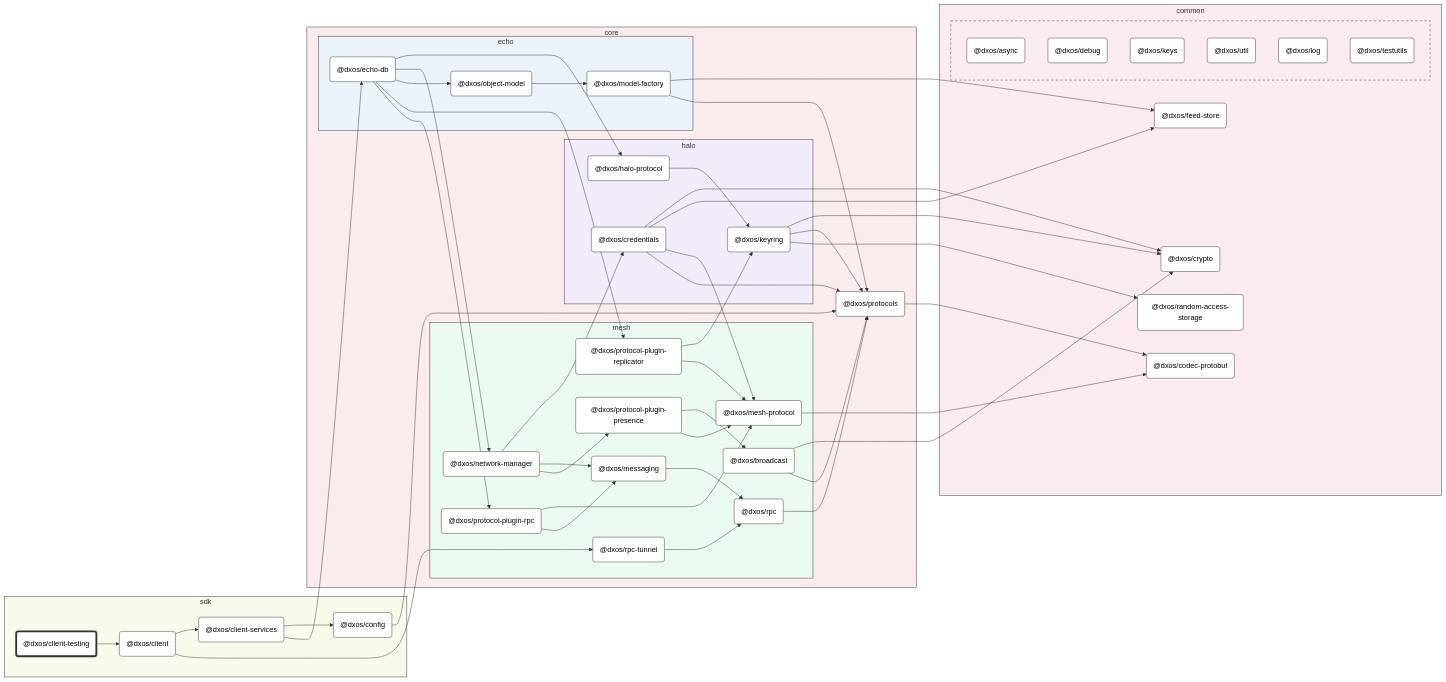
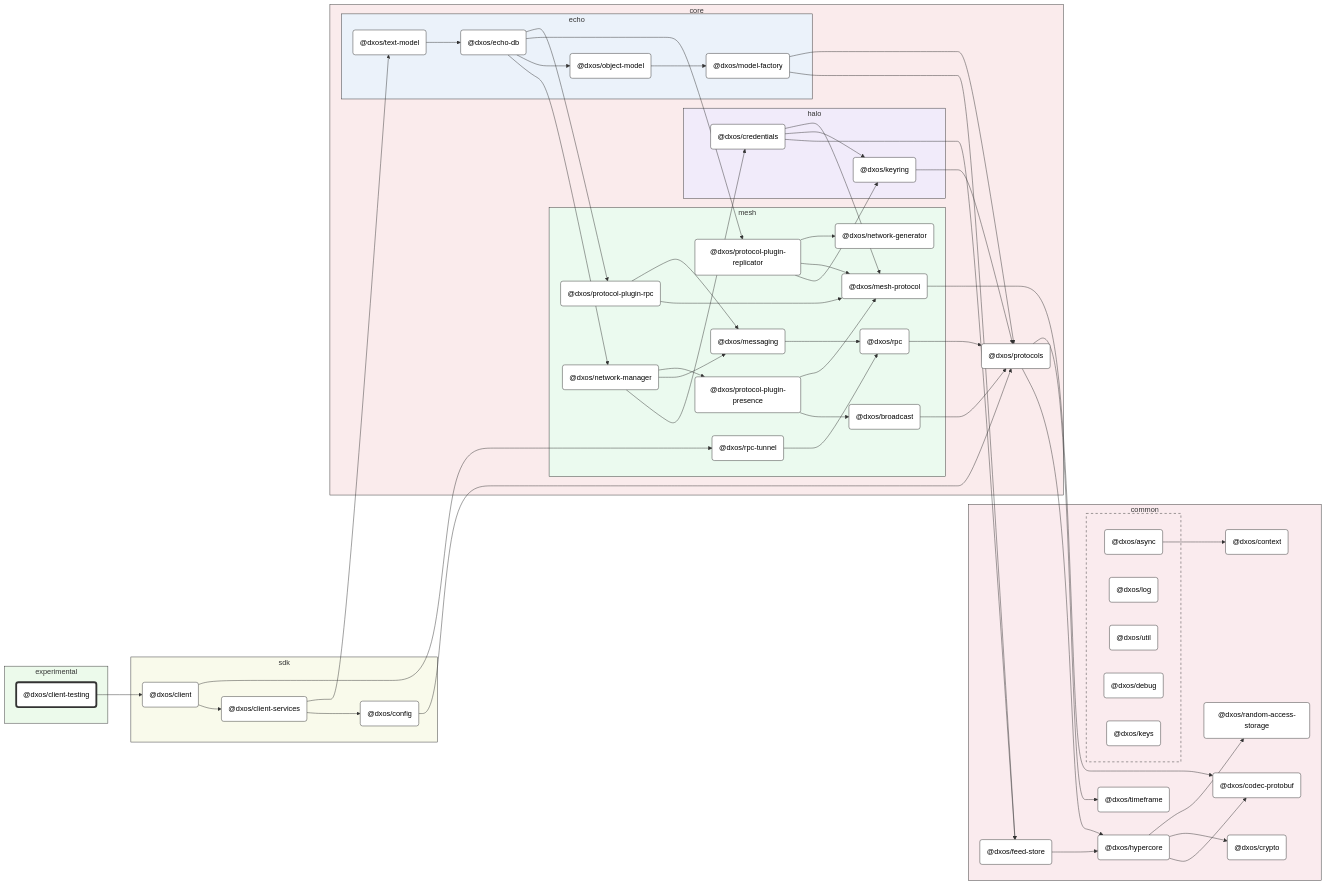
One commit to dxos/dxos changed the diagram in packages/experimental/client-testing/docs/README.md. Above: the diagram before and after it, drawn with Mermaid (forest theme). The commit also changed other lines of this file and 95 other files, not shown here.

Commit message:
Class diagrams.

````diff
--- a/packages/experimental/client-testing/docs/README.md
+++ b/packages/experimental/client-testing/docs/README.md
@@ -15,44 +15,52 @@
 
 %% Nodes
 
+subgraph experimental [experimental]
+  style experimental fill:#ecfaeb,stroke:#333
+  dxos/client-testing("@dxos/client-testing"):::root
+  click dxos/client-testing "dxos/dxos/tree/main/packages/experimental/client-testing/docs"
+end
+
+subgraph common [common]
+  style common fill:#faebee,stroke:#333
+  dxos/context("@dxos/context"):::def
+  click dxos/context "dxos/dxos/tree/main/packages/common/context/docs"
+  dxos/codec-protobuf("@dxos/codec-protobuf"):::def
+  click dxos/codec-protobuf "dxos/dxos/tree/main/packages/common/codec-protobuf/docs"
+  dxos/hypercore("@dxos/hypercore"):::def
+  click dxos/hypercore "dxos/dxos/tree/main/packages/common/hypercore/docs"
+  dxos/crypto("@dxos/crypto"):::def
+  click dxos/crypto "dxos/dxos/tree/main/packages/common/crypto/docs"
+  dxos/random-access-storage("@dxos/random-access-storage"):::def
+  click dxos/random-access-storage "dxos/dxos/tree/main/packages/common/random-access-storage/docs"
+  dxos/timeframe("@dxos/timeframe"):::def
+  click dxos/timeframe "dxos/dxos/tree/main/packages/common/timeframe/docs"
+  dxos/feed-store("@dxos/feed-store"):::def
+  click dxos/feed-store "dxos/dxos/tree/main/packages/common/feed-store/docs"
+
+  subgraph _ [ ]
+    style _ fill:#faebee,stroke:#333,stroke-dasharray:5 5
+    dxos/async("@dxos/async"):::def
+    click dxos/async "dxos/dxos/tree/main/packages/common/async/docs"
+    dxos/log("@dxos/log"):::def
+    click dxos/log "dxos/dxos/tree/main/packages/common/log/docs"
+    dxos/util("@dxos/util"):::def
+    click dxos/util "dxos/dxos/tree/main/packages/common/util/docs"
+    dxos/debug("@dxos/debug"):::def
+    click dxos/debug "dxos/dxos/tree/main/packages/common/debug/docs"
+    dxos/keys("@dxos/keys"):::def
+    click dxos/keys "dxos/dxos/tree/main/packages/common/keys/docs"
+  end
+end
+
 subgraph sdk [sdk]
   style sdk fill:#f9faeb,stroke:#333
-  dxos/client-testing("@dxos/client-testing"):::root
-  click dxos/client-testing "dxos/dxos/tree/main/packages/sdk/client-testing/docs"
   dxos/client("@dxos/client"):::def
   click dxos/client "dxos/dxos/tree/main/packages/sdk/client/docs"
   dxos/client-services("@dxos/client-services"):::def
   click dxos/client-services "dxos/dxos/tree/main/packages/sdk/client-services/docs"
   dxos/config("@dxos/config"):::def
   click dxos/config "dxos/dxos/tree/main/packages/sdk/config/docs"
-end
-
-subgraph common [common]
-  style common fill:#faebee,stroke:#333
-  dxos/codec-protobuf("@dxos/codec-protobuf"):::def
-  click dxos/codec-protobuf "dxos/dxos/tree/main/packages/common/codec-protobuf/docs"
-  dxos/crypto("@dxos/crypto"):::def
-  click dxos/crypto "dxos/dxos/tree/main/packages/common/crypto/docs"
-  dxos/feed-store("@dxos/feed-store"):::def
-  click dxos/feed-store "dxos/dxos/tree/main/packages/common/feed-store/docs"
-  dxos/random-access-storage("@dxos/random-access-storage"):::def
-  click dxos/random-access-storage "dxos/dxos/tree/main/packages/common/random-access-storage/docs"
-
-  subgraph _ [ ]
-    style _ fill:#faebee,stroke:#333,stroke-dasharray:5 5
-    dxos/async("@dxos/async"):::def
-    click dxos/async "dxos/dxos/tree/main/packages/common/async/docs"
-    dxos/debug("@dxos/debug"):::def
-    click dxos/debug "dxos/dxos/tree/main/packages/common/debug/docs"
-    dxos/keys("@dxos/keys"):::def
-    click dxos/keys "dxos/dxos/tree/main/packages/common/keys/docs"
-    dxos/util("@dxos/util"):::def
-    click dxos/util "dxos/dxos/tree/main/packages/common/util/docs"
-    dxos/log("@dxos/log"):::def
-    click dxos/log "dxos/dxos/tree/main/packages/common/log/docs"
-    dxos/testutils("@dxos/testutils"):::def
-    click dxos/testutils "dxos/dxos/tree/main/packages/common/testutils/docs"
-  end
 end
 
 subgraph core [core]
@@ -64,8 +72,6 @@
     style halo fill:#f1ebfa,stroke:#333
     dxos/credentials("@dxos/credentials"):::def
     click dxos/credentials "dxos/dxos/tree/main/packages/core/halo/credentials/docs"
-    dxos/halo-protocol("@dxos/halo-protocol"):::def
-    click dxos/halo-protocol "dxos/dxos/tree/main/packages/core/halo/halo-protocol/docs"
     dxos/keyring("@dxos/keyring"):::def
     click dxos/keyring "dxos/dxos/tree/main/packages/core/halo/keyring/docs"
   end
@@ -86,6 +92,8 @@
     click dxos/broadcast "dxos/dxos/tree/main/packages/core/mesh/broadcast/docs"
     dxos/protocol-plugin-replicator("@dxos/protocol-plugin-replicator"):::def
     click dxos/protocol-plugin-replicator "dxos/dxos/tree/main/packages/core/mesh/protocol-plugin-replicator/docs"
+    dxos/network-generator("@dxos/network-generator"):::def
+    click dxos/network-generator "dxos/dxos/tree/main/packages/core/mesh/network-generator/docs"
     dxos/protocol-plugin-rpc("@dxos/protocol-plugin-rpc"):::def
     click dxos/protocol-plugin-rpc "dxos/dxos/tree/main/packages/core/mesh/protocol-plugin-rpc/docs"
     dxos/rpc-tunnel("@dxos/rpc-tunnel"):::def
@@ -100,27 +108,29 @@
     click dxos/model-factory "dxos/dxos/tree/main/packages/core/echo/model-factory/docs"
     dxos/object-model("@dxos/object-model"):::def
     click dxos/object-model "dxos/dxos/tree/main/packages/core/echo/object-model/docs"
+    dxos/text-model("@dxos/text-model"):::def
+    click dxos/text-model "dxos/dxos/tree/main/packages/core/echo/text-model/docs"
   end
 end
 
 %% Links
 linkStyle default stroke:#333,stroke-width:1px
+dxos/async --> dxos/context
 dxos/client-testing --> dxos/client
 dxos/client --> dxos/client-services
 dxos/client-services --> dxos/config
 dxos/config --> dxos/protocols
-dxos/protocols --> dxos/codec-protobuf
-dxos/credentials --> dxos/crypto
+dxos/protocols --> dxos/hypercore
+dxos/hypercore --> dxos/codec-protobuf
+dxos/hypercore --> dxos/crypto
+dxos/hypercore --> dxos/random-access-storage
+dxos/protocols --> dxos/timeframe
 dxos/credentials --> dxos/feed-store
+dxos/feed-store --> dxos/hypercore
+dxos/credentials --> dxos/keyring
+dxos/keyring --> dxos/protocols
 dxos/credentials --> dxos/mesh-protocol
 dxos/mesh-protocol --> dxos/codec-protobuf
-dxos/credentials --> dxos/protocols
-dxos/client-services --> dxos/echo-db
-dxos/echo-db --> dxos/halo-protocol
-dxos/halo-protocol --> dxos/keyring
-dxos/keyring --> dxos/crypto
-dxos/keyring --> dxos/protocols
-dxos/keyring --> dxos/random-access-storage
 dxos/messaging --> dxos/rpc
 dxos/rpc --> dxos/protocols
 dxos/model-factory --> dxos/feed-store
@@ -130,7 +140,6 @@
 dxos/network-manager --> dxos/messaging
 dxos/network-manager --> dxos/protocol-plugin-presence
 dxos/protocol-plugin-presence --> dxos/broadcast
-dxos/broadcast --> dxos/crypto
 dxos/broadcast --> dxos/protocols
 dxos/protocol-plugin-presence --> dxos/mesh-protocol
 dxos/echo-db --> dxos/object-model
@@ -138,9 +147,12 @@
 dxos/echo-db --> dxos/protocol-plugin-replicator
 dxos/protocol-plugin-replicator --> dxos/keyring
 dxos/protocol-plugin-replicator --> dxos/mesh-protocol
+dxos/protocol-plugin-replicator --> dxos/network-generator
 dxos/echo-db --> dxos/protocol-plugin-rpc
 dxos/protocol-plugin-rpc --> dxos/mesh-protocol
 dxos/protocol-plugin-rpc --> dxos/messaging
+dxos/client-services --> dxos/text-model
+dxos/text-model --> dxos/echo-db
 dxos/client --> dxos/rpc-tunnel
 dxos/rpc-tunnel --> dxos/rpc
 ```
````
